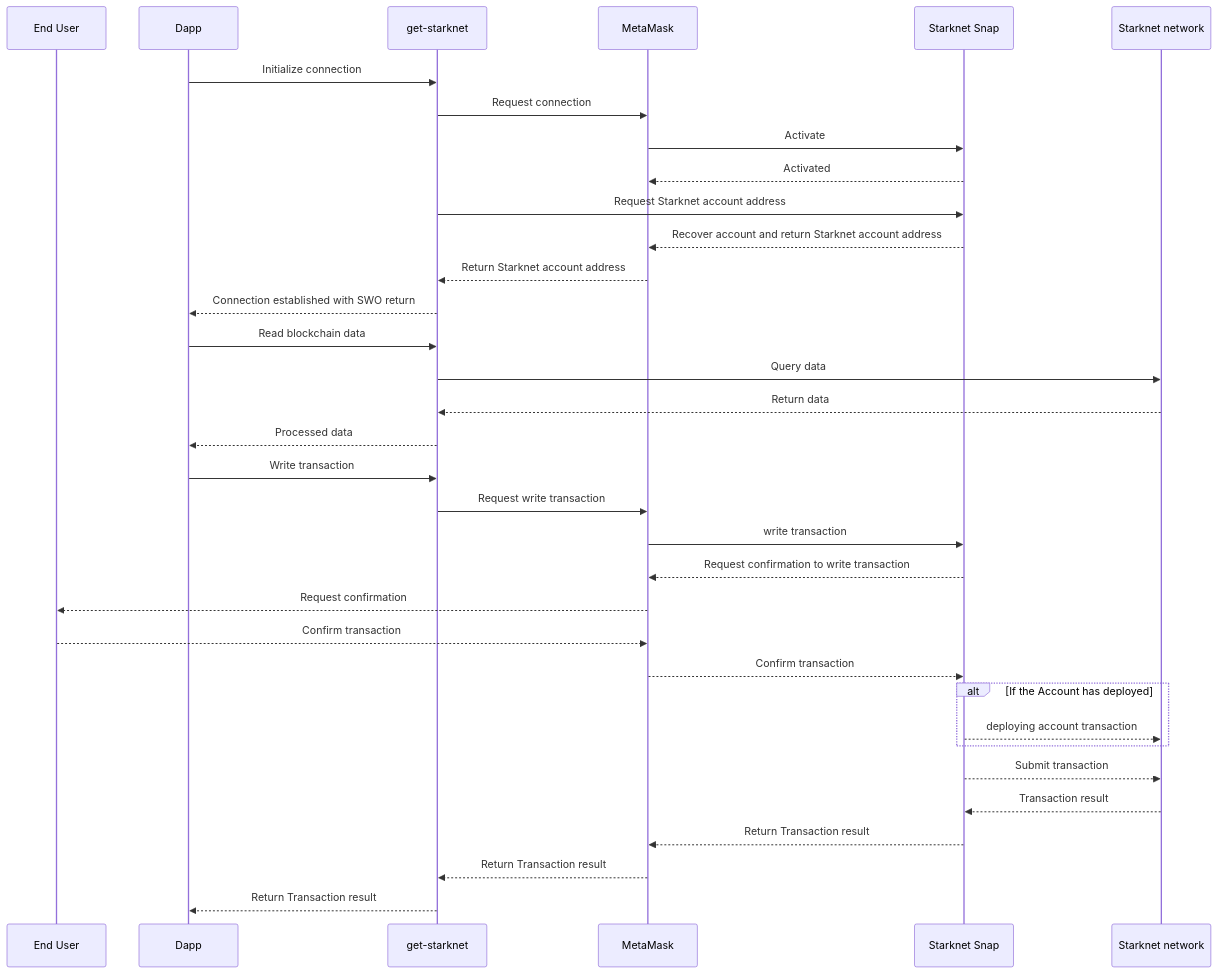
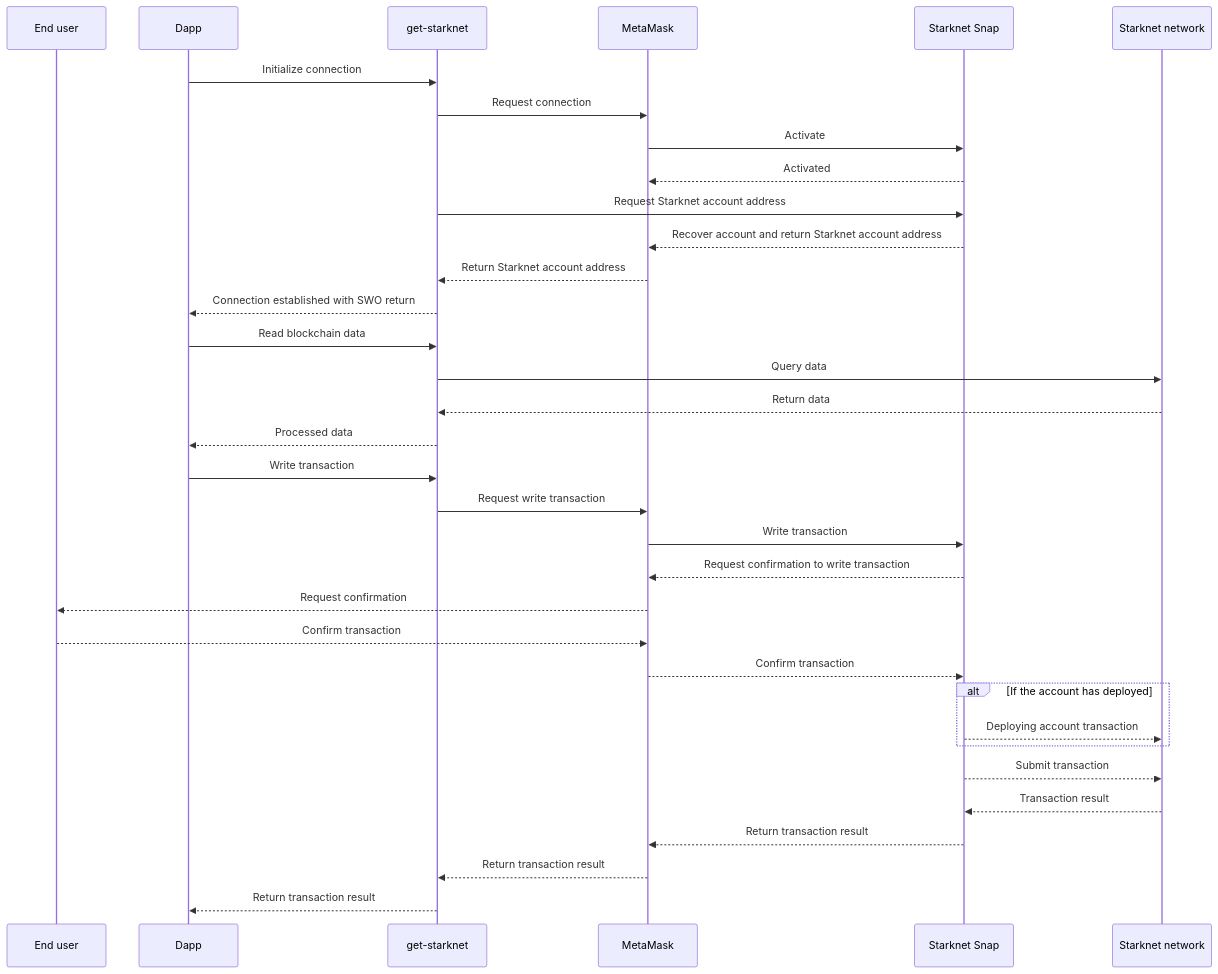
The second of 2 diagrams in wallet/how-to/use-non-evm-networks/starknet/about-get-starknet.md (MetaMask/metamask-docs), drawn with Mermaid before and after one commit. The commit also changed other lines of this file, not shown here.

Commit message:
edit diagrams

````diff
--- a/wallet/how-to/use-non-evm-networks/starknet/about-get-starknet.md
+++ b/wallet/how-to/use-non-evm-networks/starknet/about-get-starknet.md
@@ -51,40 +51,40 @@
 ```mermaid
 sequenceDiagram
-    participant user as End User
+    participant user as End user
     participant dapp as Dapp
     participant get as get-starknet
     participant mm as MetaMask
     participant Snap as Starknet Snap
     participant network as Starknet network
     
     dapp->>get: Initialize connection
     get->>mm: Request connection
     mm->>Snap: Activate
     Snap-->>mm: Activated
     get->>Snap: Request Starknet account address
     Snap-->>mm: Recover account and return Starknet account address
     mm-->>get: Return Starknet account address
     get-->>dapp: Connection established with SWO return
     
     dapp->>get: Read blockchain data
     get->>network: Query data
     network-->>get: Return data
     get-->>dapp: Processed data
     
     dapp->>get: Write transaction
     get->>mm: Request write transaction 
-    mm->>Snap: write transaction
+    mm->>Snap: Write transaction
     Snap-->>mm: Request confirmation to write transaction
     mm-->>user: Request confirmation
     user-->>mm: Confirm transaction
     mm-->>Snap: Confirm transaction
     
-    alt If the Account has deployed
-      Snap-->>network: deploying account transaction
+    alt If the account has deployed
+      Snap-->>network: Deploying account transaction
     end
     Snap-->>network: Submit transaction
     network-->>Snap: Transaction result
-    Snap-->>mm: Return Transaction result
-    mm-->>get: Return Transaction result
-    get-->>dapp: Return Transaction result
+    Snap-->>mm: Return transaction result
+    mm-->>get: Return transaction result
+    get-->>dapp: Return transaction result
 ```
````
